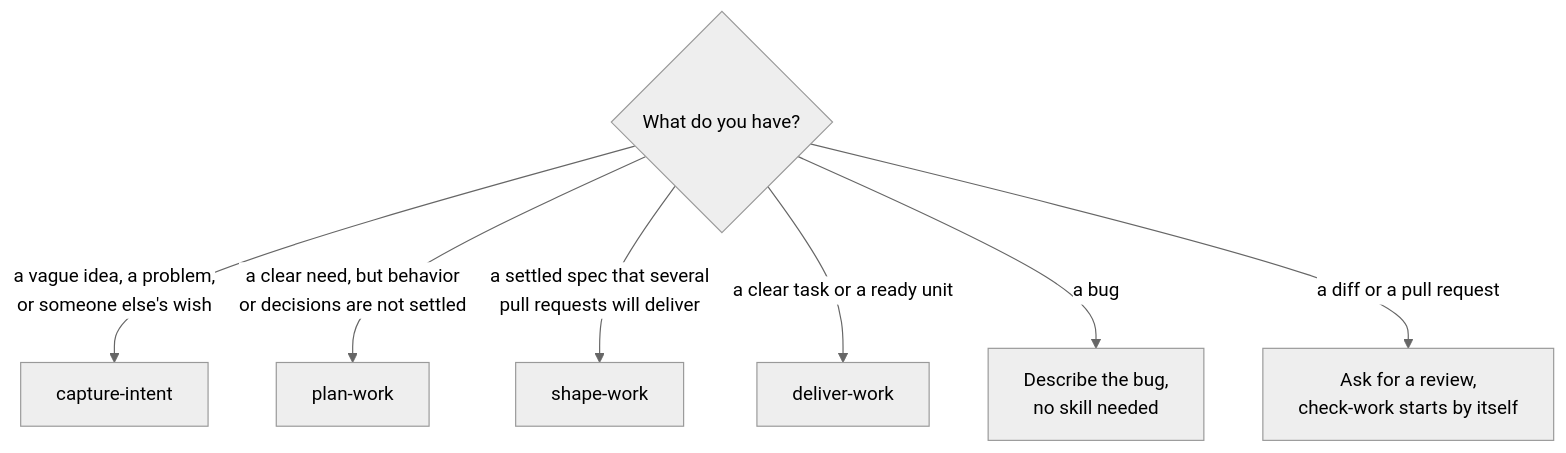
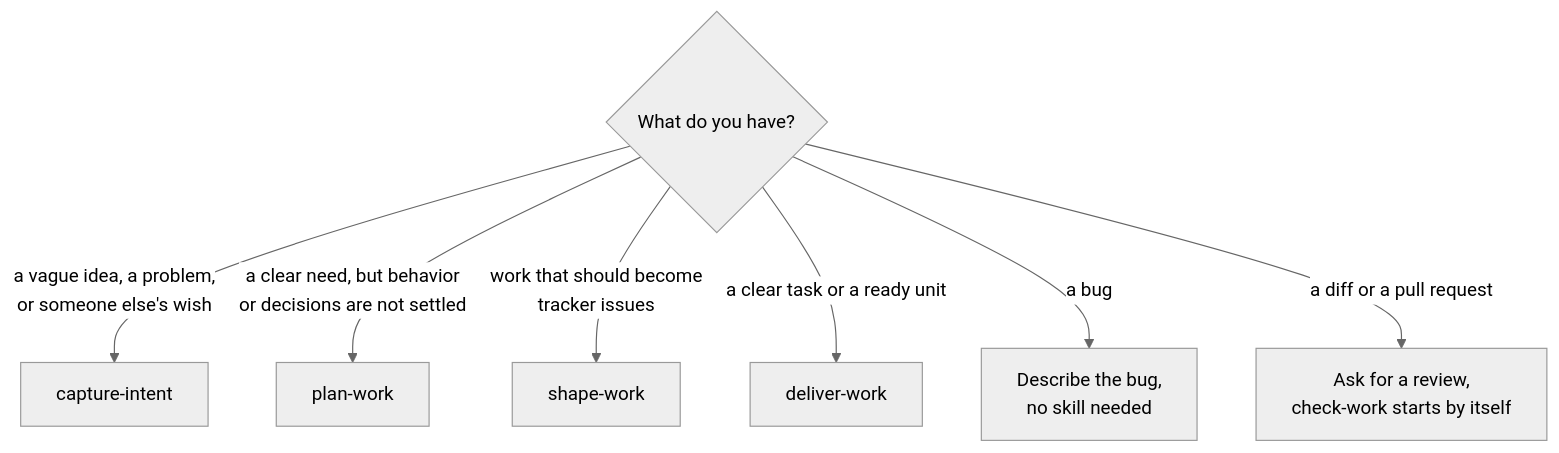
One commit to sockulags/agent-os changed the diagram in docs-site/guide/where-to-start.md. Above: the diagram before and after it, drawn with Mermaid (neutral theme). The commit also changed other lines of this file and 28 other files, not shown here.

First line of the commit message:
Keep intent and spec files for initiatives and shape other work into issues

````diff
--- a/docs-site/guide/where-to-start.md
+++ b/docs-site/guide/where-to-start.md
@@ -13,9 +13,9 @@
 ```mermaid
 flowchart TD
     A{"What do you have?"} -->|"a vague idea, a problem,<br>or someone else's wish"| B["capture-intent"]
     A -->|"a clear need, but behavior<br>or decisions are not settled"| C["plan-work"]
-    A -->|"a settled spec that several<br>pull requests will deliver"| D["shape-work"]
+    A -->|"work that should become<br>tracker issues"| D["shape-work"]
     A -->|"a clear task or a ready unit"| E["deliver-work"]
     A -->|"a bug"| F["Describe the bug,<br>no skill needed"]
     A -->|"a diff or a pull request"| G["Ask for a review,<br>check-work starts by itself"]
 ```
````
